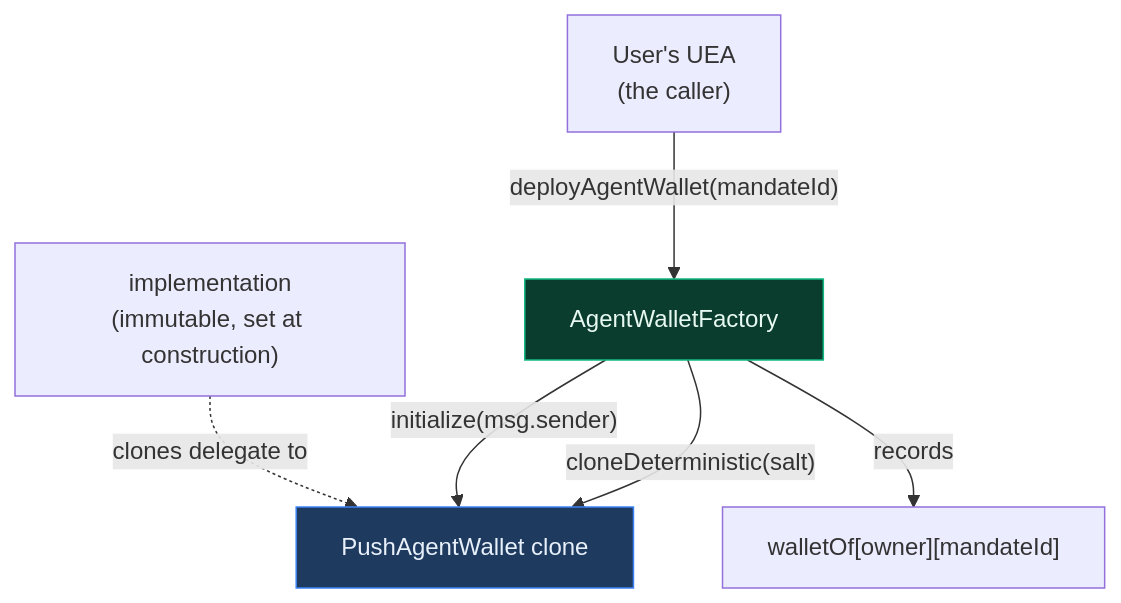
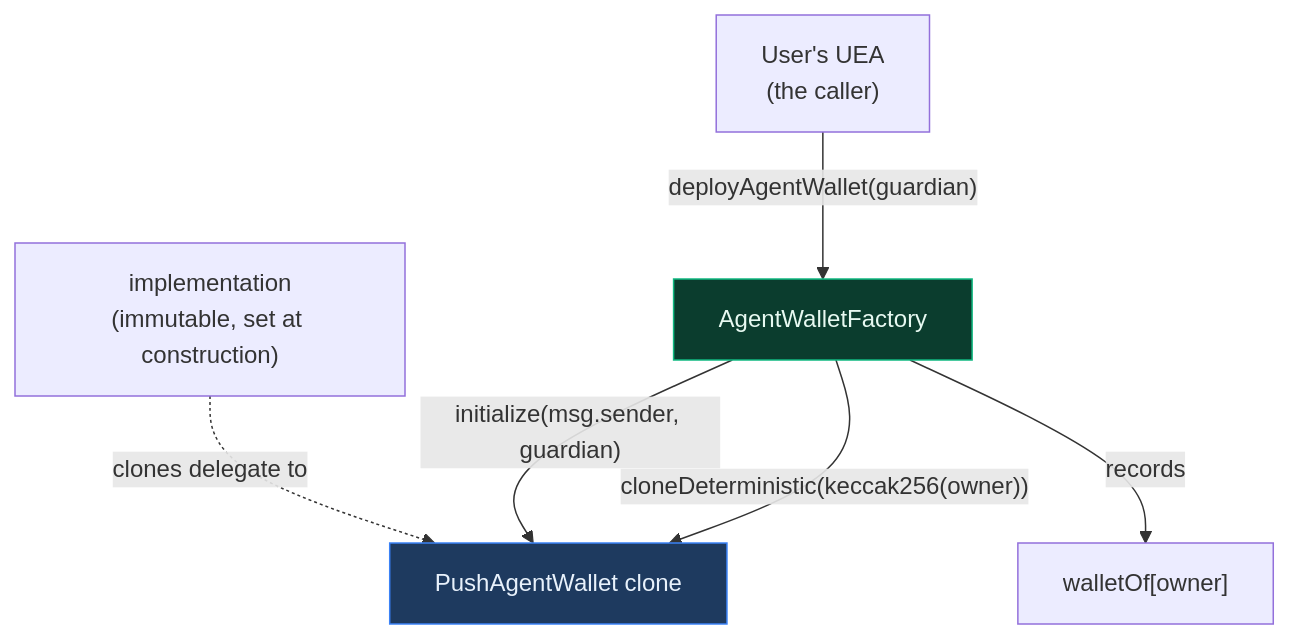
Before and after one commit to HusseinAdeiza/push-agentic-wallets: the first of 4 diagrams in docs/factory.md, drawn with Mermaid. The commit also changed other lines of this file and 31 other files, not shown here.

First line of the commit message:
Implement architecture v2: one wallet per user

````diff
--- a/docs/factory.md
+++ b/docs/factory.md
@@ -38,11 +45,11 @@
 ```mermaid
 graph TB
-    UEA["User's UEA<br/>(the caller)"] -->|"deployAgentWallet(mandateId)"| F["AgentWalletFactory"]
-    F -->|"cloneDeterministic(salt)"| W["PushAgentWallet clone"]
-    F -->|"initialize(msg.sender)"| W
-    F -->|"records"| REG["walletOf[owner][mandateId]"]
+    UEA["User's UEA<br/>(the caller)"] -->|"deployAgentWallet(guardian)"| F["AgentWalletFactory"]
+    F -->|"cloneDeterministic(keccak256(owner))"| W["PushAgentWallet clone"]
+    F -->|"initialize(msg.sender, guardian)"| W
+    F -->|"records"| REG["walletOf[owner]"]
     IMPL["implementation<br/>(immutable, set at construction)"] -.->|"clones delegate to"| W
 
     style F fill:#0b3d2e,stroke:#10b981,color:#e7f9f1
     style W fill:#1e3a5f,stroke:#3b82f6,color:#e8f1fb
 ```
````
